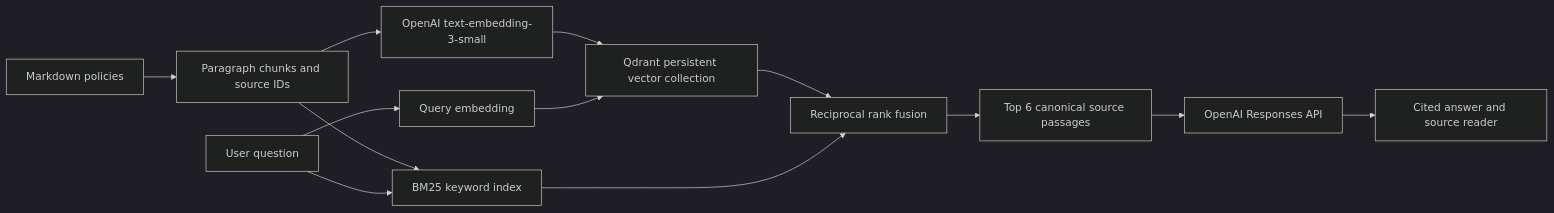
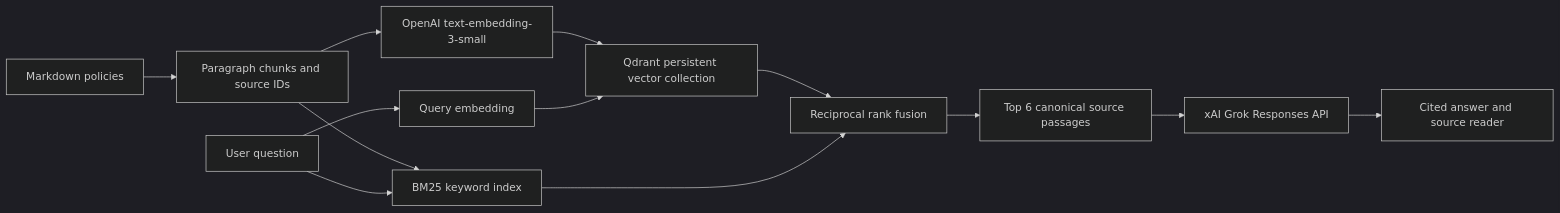
Before and after one commit to emmaserunjogi-debug/Northstar: the diagram in README.md, drawn with Mermaid (dark theme). The commit also changed other lines of this file and 8 other files, not shown here.

````diff
--- a/README.md
+++ b/README.md
@@ -107,15 +109,15 @@
 ```mermaid
 flowchart LR
   A[Markdown policies] --> B[Paragraph chunks and source IDs]
   B --> C[OpenAI text-embedding-3-small]
   C --> D[Qdrant persistent vector collection]
   B --> K[BM25 keyword index]
   Q[User question] --> E[Query embedding]
   E --> D
   Q --> K
   D --> F[Reciprocal rank fusion]
   K --> F
   F --> G[Top 6 canonical source passages]
-  G --> L[OpenAI Responses API]
+  G --> L[xAI Grok Responses API]
   L --> U[Cited answer and source reader]
 ```
````
